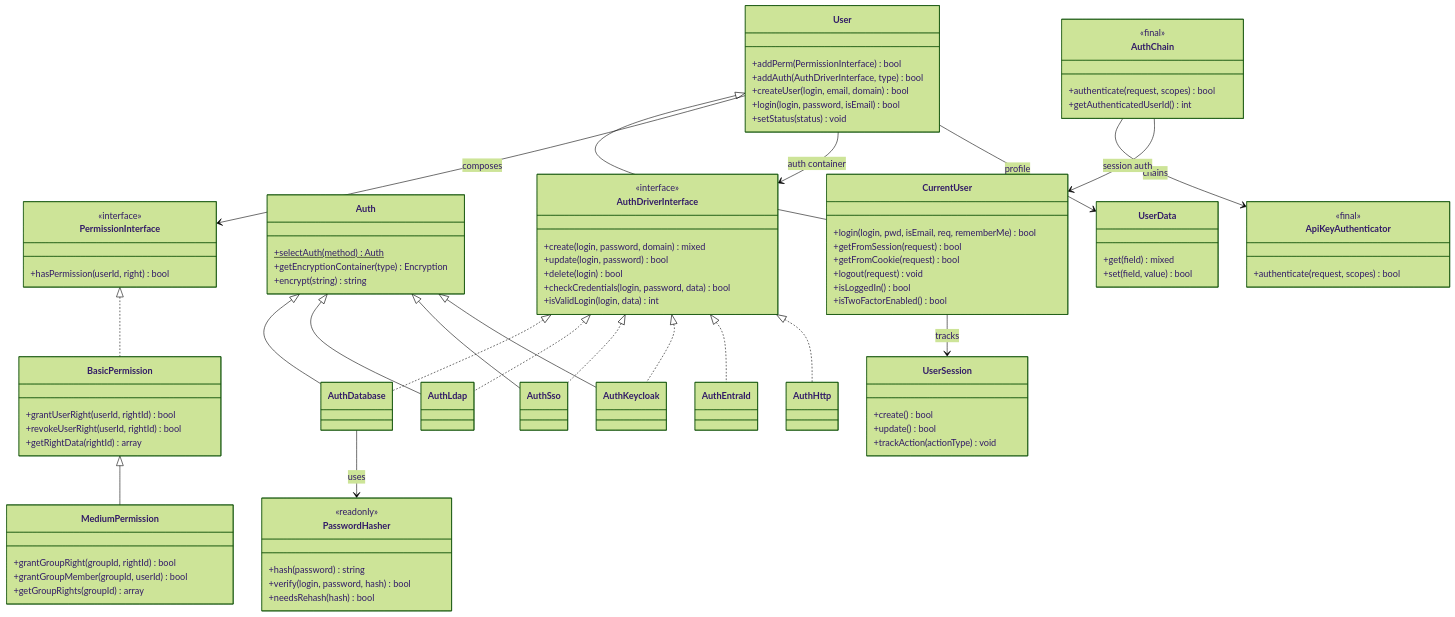
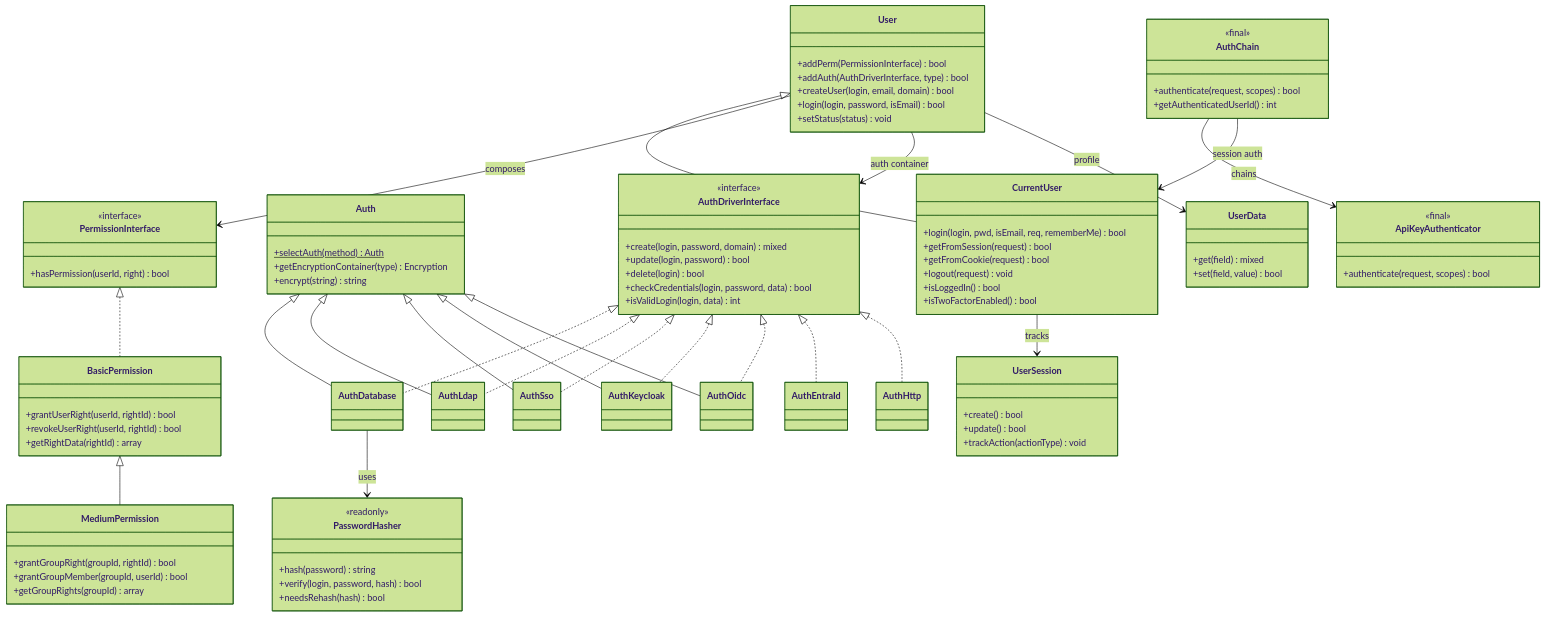
Before and after one commit to thorsten/phpMyFAQ: the fourth of 7 diagrams in docs/architecture.md, drawn with Mermaid (forest theme). The commit also changed 5 other files, not shown here.

```diff
--- a/docs/architecture.md
+++ b/docs/architecture.md
@@ -292,6 +292,7 @@
     class AuthLdap
     class AuthSso
     class AuthKeycloak
+    class AuthOidc
     class AuthEntraId
     class AuthHttp
 
@@ -358,12 +359,14 @@
     AuthDriverInterface <|.. AuthLdap
     AuthDriverInterface <|.. AuthSso
     AuthDriverInterface <|.. AuthKeycloak
+    AuthDriverInterface <|.. AuthOidc
     AuthDriverInterface <|.. AuthEntraId
     AuthDriverInterface <|.. AuthHttp
     Auth <|-- AuthDatabase
     Auth <|-- AuthLdap
     Auth <|-- AuthSso
     Auth <|-- AuthKeycloak
+    Auth <|-- AuthOidc
 
     User <|-- CurrentUser
     User --> PermissionInterface : composes
```
